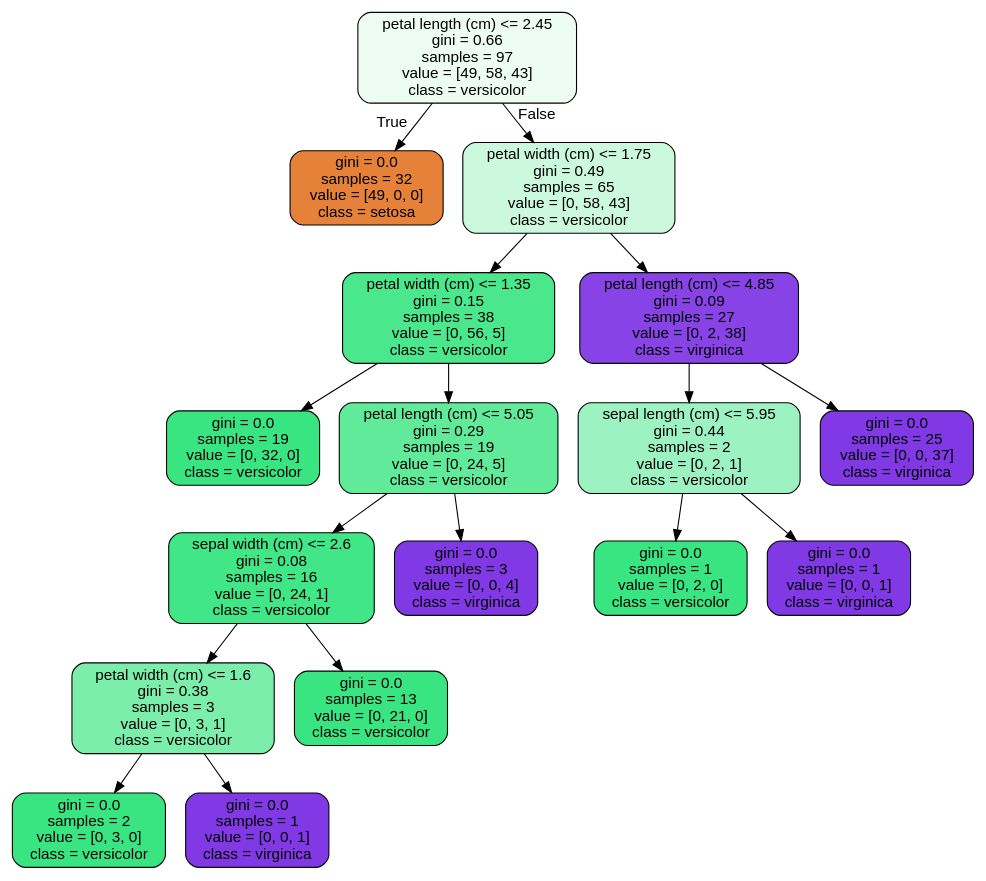
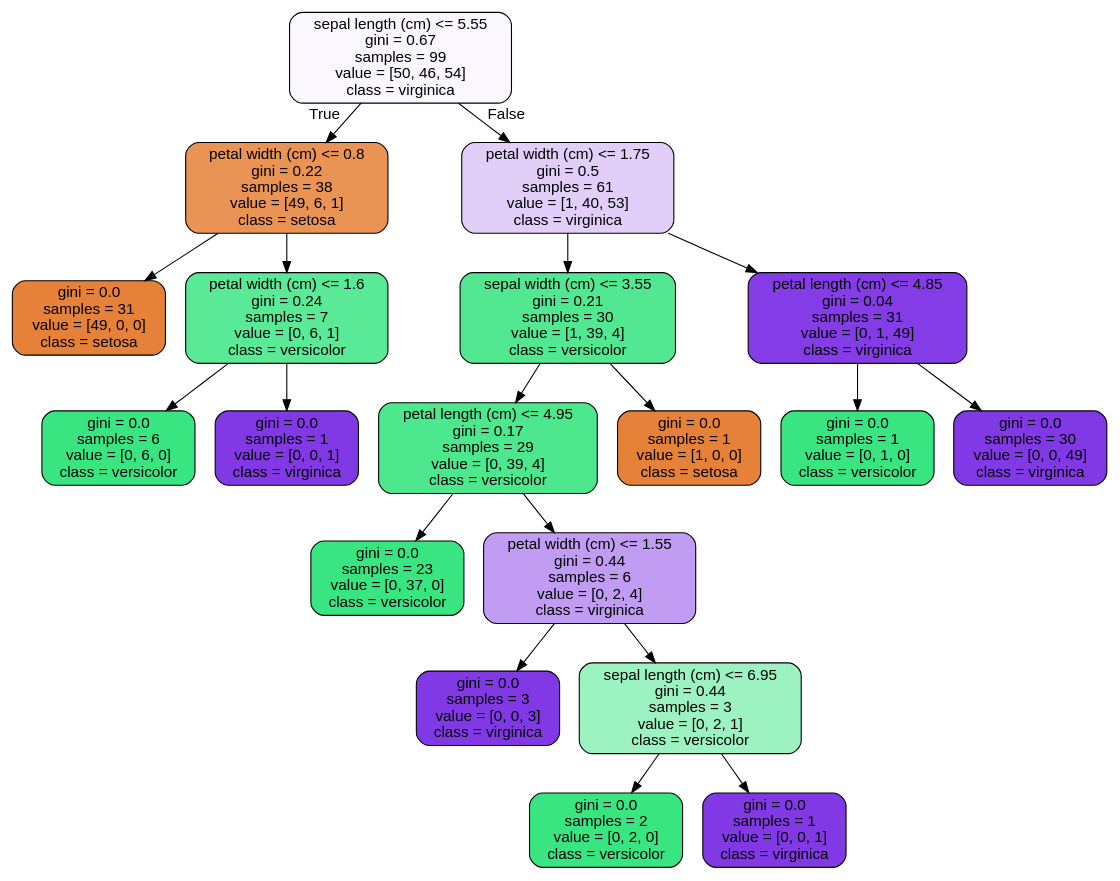
Before and after one commit to parkerburchett/SpringBoard: the diagram in RandomForest Covid Case Study_06302020/tree.dot, drawn with Graphviz. The commit also changed 2 other files, not shown here.

```diff
--- a/RandomForest Covid Case Study_06302020/tree.dot
+++ b/RandomForest Covid Case Study_06302020/tree.dot
@@ -1,37 +1,41 @@
 digraph Tree {
 node [shape=box, style="filled, rounded", color="black", fontname=helvetica] ;
 edge [fontname=helvetica] ;
-0 [label="petal length (cm) <= 2.45\ngini = 0.66\nsamples = 97\nvalue = [49, 58, 43]\nclass = versicolor", fillcolor="#edfdf4"] ;
-1 [label="gini = 0.0\nsamples = 32\nvalue = [49, 0, 0]\nclass = setosa", fillcolor="#e58139"] ;
+0 [label="sepal length (cm) <= 5.55\ngini = 0.67\nsamples = 99\nvalue = [50, 46, 54]\nclass = virginica", fillcolor="#faf7fe"] ;
+1 [label="petal width (cm) <= 0.8\ngini = 0.22\nsamples = 38\nvalue = [49, 6, 1]\nclass = setosa", fillcolor="#e99355"] ;
 0 -> 1 [labeldistance=2.5, labelangle=45, headlabel="True"] ;
-2 [label="petal width (cm) <= 1.75\ngini = 0.49\nsamples = 65\nvalue = [0, 58, 43]\nclass = versicolor", fillcolor="#ccf8de"] ;
-0 -> 2 [labeldistance=2.5, labelangle=-45, headlabel="False"] ;
-3 [label="petal width (cm) <= 1.35\ngini = 0.15\nsamples = 38\nvalue = [0, 56, 5]\nclass = versicolor", fillcolor="#4be78c"] ;
-2 -> 3 ;
-4 [label="gini = 0.0\nsamples = 19\nvalue = [0, 32, 0]\nclass = versicolor", fillcolor="#39e581"] ;
+2 [label="gini = 0.0\nsamples = 31\nvalue = [49, 0, 0]\nclass = setosa", fillcolor="#e58139"] ;
+1 -> 2 ;
+3 [label="petal width (cm) <= 1.6\ngini = 0.24\nsamples = 7\nvalue = [0, 6, 1]\nclass = versicolor", fillcolor="#5ae996"] ;
+1 -> 3 ;
+4 [label="gini = 0.0\nsamples = 6\nvalue = [0, 6, 0]\nclass = versicolor", fillcolor="#39e581"] ;
 3 -> 4 ;
-5 [label="petal length (cm) <= 5.05\ngini = 0.29\nsamples = 19\nvalue = [0, 24, 5]\nclass = versicolor", fillcolor="#62ea9b"] ;
+5 [label="gini = 0.0\nsamples = 1\nvalue = [0, 0, 1]\nclass = virginica", fillcolor="#8139e5"] ;
 3 -> 5 ;
-6 [label="sepal width (cm) <= 2.6\ngini = 0.08\nsamples = 16\nvalue = [0, 24, 1]\nclass = versicolor", fillcolor="#41e686"] ;
-5 -> 6 ;
-7 [label="petal width (cm) <= 1.6\ngini = 0.38\nsamples = 3\nvalue = [0, 3, 1]\nclass = versicolor", fillcolor="#7beeab"] ;
+6 [label="petal width (cm) <= 1.75\ngini = 0.5\nsamples = 61\nvalue = [1, 40, 53]\nclass = virginica", fillcolor="#e1cff9"] ;
+0 -> 6 [labeldistance=2.5, labelangle=-45, headlabel="False"] ;
+7 [label="sepal width (cm) <= 3.55\ngini = 0.21\nsamples = 30\nvalue = [1, 39, 4]\nclass = versicolor", fillcolor="#52e891"] ;
 6 -> 7 ;
-8 [label="gini = 0.0\nsamples = 2\nvalue = [0, 3, 0]\nclass = versicolor", fillcolor="#39e581"] ;
+8 [label="petal length (cm) <= 4.95\ngini = 0.17\nsamples = 29\nvalue = [0, 39, 4]\nclass = versicolor", fillcolor="#4de88e"] ;
 7 -> 8 ;
-9 [label="gini = 0.0\nsamples = 1\nvalue = [0, 0, 1]\nclass = virginica", fillcolor="#8139e5"] ;
-7 -> 9 ;
-10 [label="gini = 0.0\nsamples = 13\nvalue = [0, 21, 0]\nclass = versicolor", fillcolor="#39e581"] ;
-6 -> 10 ;
-11 [label="gini = 0.0\nsamples = 3\nvalue = [0, 0, 4]\nclass = virginica", fillcolor="#8139e5"] ;
-5 -> 11 ;
-12 [label="petal length (cm) <= 4.85\ngini = 0.09\nsamples = 27\nvalue = [0, 2, 38]\nclass = virginica", fillcolor="#8843e6"] ;
-2 -> 12 ;
-13 [label="sepal length (cm) <= 5.95\ngini = 0.44\nsamples = 2\nvalue = [0, 2, 1]\nclass = versicolor", fillcolor="#9cf2c0"] ;
+9 [label="gini = 0.0\nsamples = 23\nvalue = [0, 37, 0]\nclass = versicolor", fillcolor="#39e581"] ;
+8 -> 9 ;
+10 [label="petal width (cm) <= 1.55\ngini = 0.44\nsamples = 6\nvalue = [0, 2, 4]\nclass = virginica", fillcolor="#c09cf2"] ;
+8 -> 10 ;
+11 [label="gini = 0.0\nsamples = 3\nvalue = [0, 0, 3]\nclass = virginica", fillcolor="#8139e5"] ;
+10 -> 11 ;
+12 [label="sepal length (cm) <= 6.95\ngini = 0.44\nsamples = 3\nvalue = [0, 2, 1]\nclass = versicolor", fillcolor="#9cf2c0"] ;
+10 -> 12 ;
+13 [label="gini = 0.0\nsamples = 2\nvalue = [0, 2, 0]\nclass = versicolor", fillcolor="#39e581"] ;
 12 -> 13 ;
-14 [label="gini = 0.0\nsamples = 1\nvalue = [0, 2, 0]\nclass = versicolor", fillcolor="#39e581"] ;
-13 -> 14 ;
-15 [label="gini = 0.0\nsamples = 1\nvalue = [0, 0, 1]\nclass = virginica", fillcolor="#8139e5"] ;
-13 -> 15 ;
-16 [label="gini = 0.0\nsamples = 25\nvalue = [0, 0, 37]\nclass = virginica", fillcolor="#8139e5"] ;
-12 -> 16 ;
+14 [label="gini = 0.0\nsamples = 1\nvalue = [0, 0, 1]\nclass = virginica", fillcolor="#8139e5"] ;
+12 -> 14 ;
+15 [label="gini = 0.0\nsamples = 1\nvalue = [1, 0, 0]\nclass = setosa", fillcolor="#e58139"] ;
+7 -> 15 ;
+16 [label="petal length (cm) <= 4.85\ngini = 0.04\nsamples = 31\nvalue = [0, 1, 49]\nclass = virginica", fillcolor="#843de6"] ;
+6 -> 16 ;
+17 [label="gini = 0.0\nsamples = 1\nvalue = [0, 1, 0]\nclass = versicolor", fillcolor="#39e581"] ;
+16 -> 17 ;
+18 [label="gini = 0.0\nsamples = 30\nvalue = [0, 0, 49]\nclass = virginica", fillcolor="#8139e5"] ;
+16 -> 18 ;
 }
```
